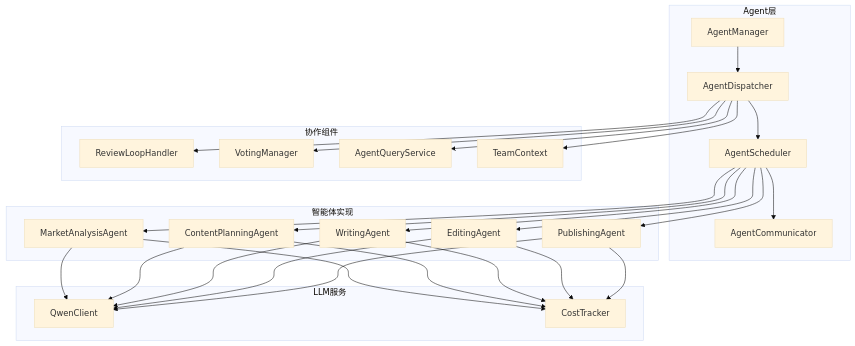
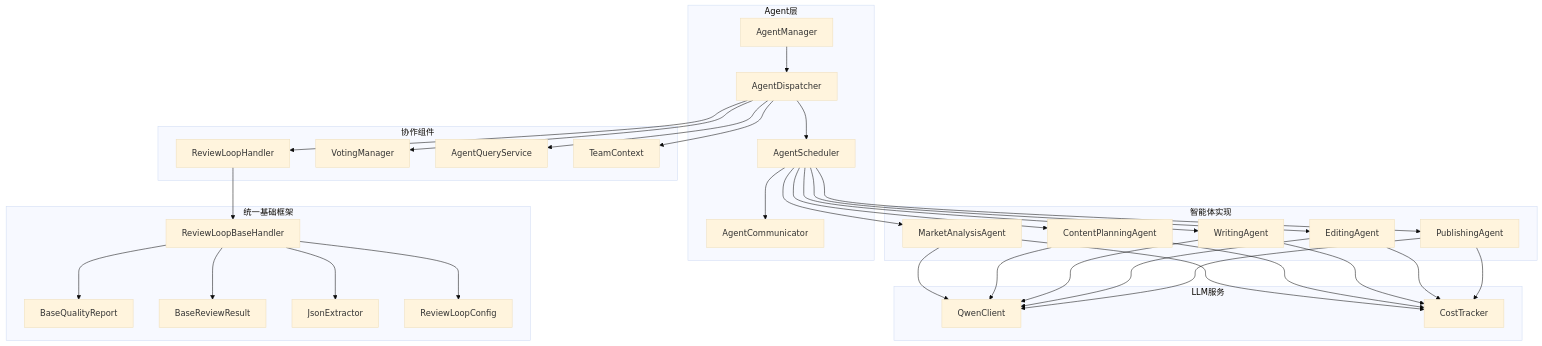
The first of 21 diagrams in .qoder/repowiki/zh/content/AI智能体系统/Agent协作框架.md (xfbyxq/ai-novel-system), drawn with Mermaid (base theme) before and after one commit. The commit also changed other lines of this file and 10 other files, not shown here.

````diff
--- a/.qoder/repowiki/zh/content/AI智能体系统/Agent协作框架.md
+++ b/.qoder/repowiki/zh/content/AI智能体系统/Agent协作框架.md
@@ -47,48 +66,60 @@
 ```mermaid
 graph TB
 subgraph "Agent层"
 AM[AgentManager]
 AD[AgentDispatcher]
 CS[AgentScheduler]
 AC[AgentCommunicator]
 end
 subgraph "智能体实现"
 MA[MarketAnalysisAgent]
 CPA[ContentPlanningAgent]
 WA[WritingAgent]
 EA[EditingAgent]
 PA[PublishingAgent]
 end
 subgraph "协作组件"
 RC[ReviewLoopHandler]
 VM[VotingManager]
 QS[AgentQueryService]
 TC[TeamContext]
 end
+subgraph "统一基础框架"
+RLH[ReviewLoopBaseHandler]
+BQR[BaseQualityReport]
+BRQ[BaseReviewResult]
+JE[JsonExtractor]
+RLC[ReviewLoopConfig]
+end
 subgraph "LLM服务"
 QC[QwenClient]
 CT[CostTracker]
 end
 AM --> AD
 AD --> CS
 CS --> AC
 CS --> MA
 CS --> CPA
 CS --> WA
 CS --> EA
 CS --> PA
 AD --> RC
 AD --> VM
 AD --> QS
 AD --> TC
+RC --> RLH
+RLH --> BQR
+RLH --> BRQ
+RLH --> JE
+RLH --> RLC
 MA --> QC
 CPA --> QC
 WA --> QC
 EA --> QC
 PA --> QC
 MA --> CT
 CPA --> CT
 WA --> CT
 EA --> CT
 PA --> CT
 ```
````
